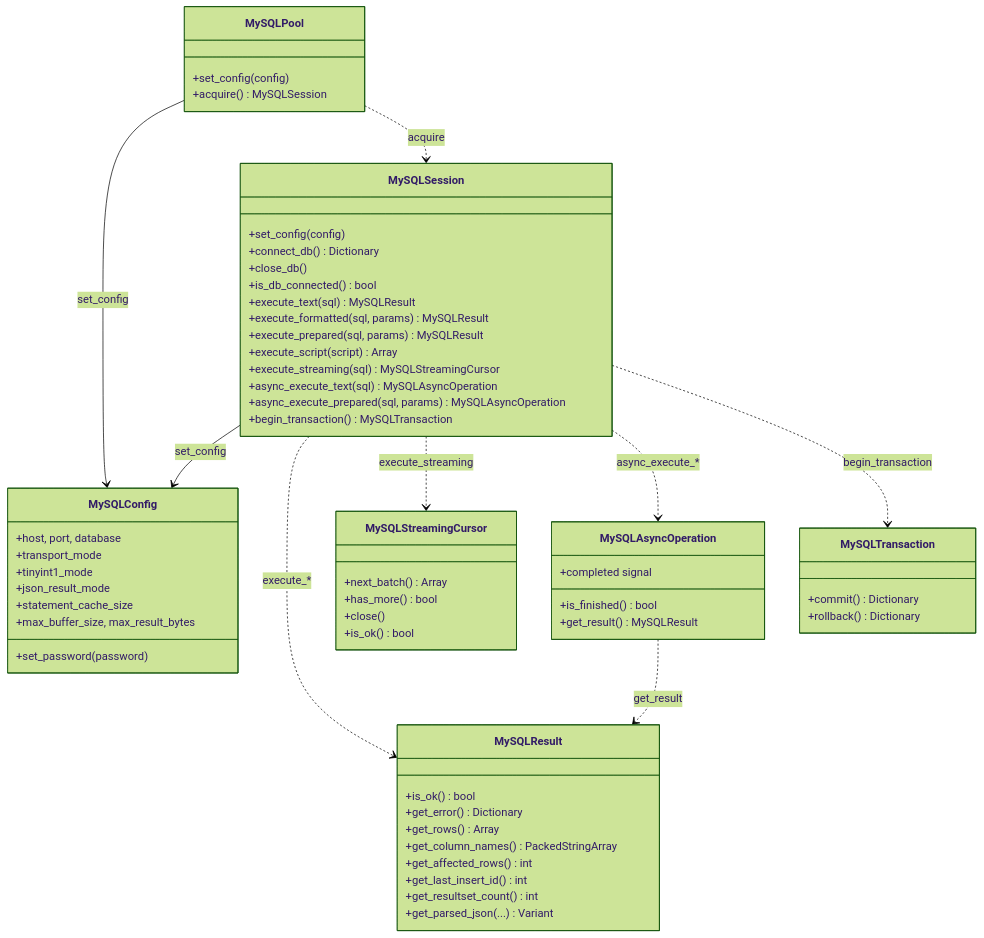
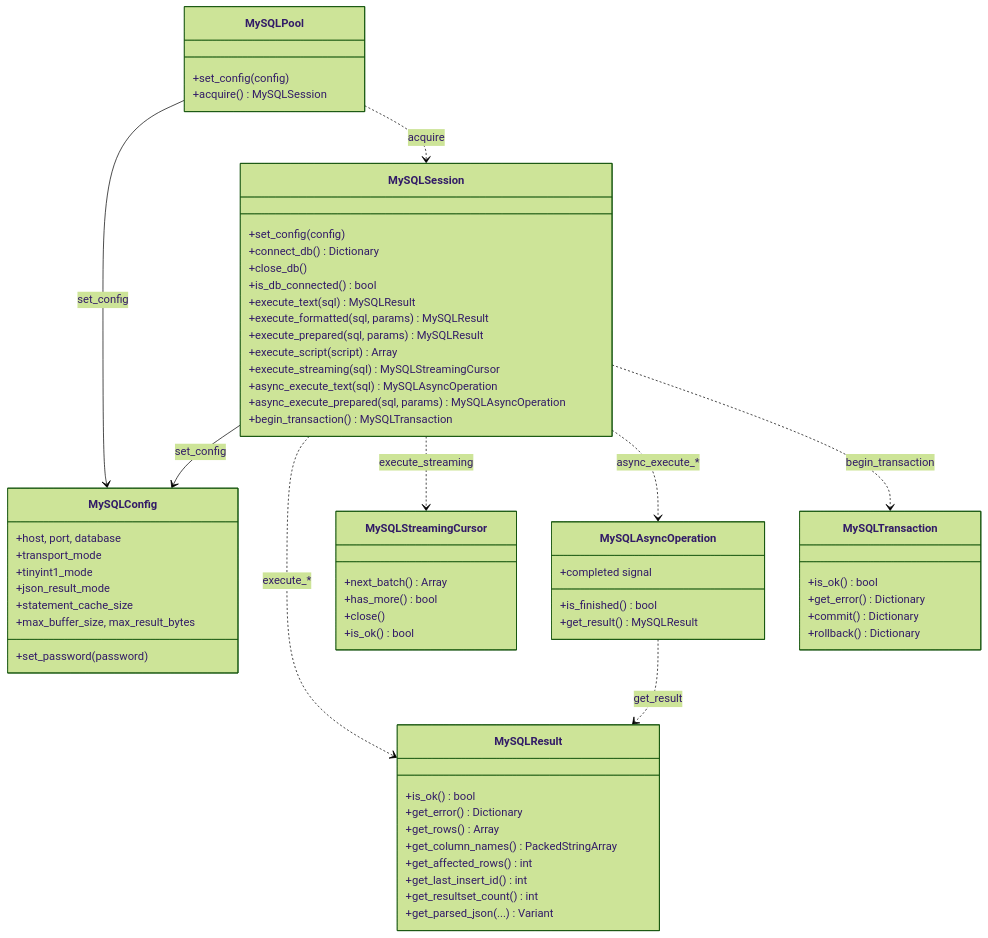
The first of 2 diagrams in documentation/features.md (Malkverbena/mysql), drawn with Mermaid (forest theme) before and after one commit. The commit also changed 9 other files, not shown here.

````diff
--- a/documentation/features.md
+++ b/documentation/features.md
@@ -10,64 +10,66 @@
 ```mermaid
 classDiagram
     class MySQLConfig {
       +host, port, database
       +transport_mode
       +tinyint1_mode
       +json_result_mode
       +statement_cache_size
       +max_buffer_size, max_result_bytes
       +set_password(password)
     }
     class MySQLSession {
       +set_config(config)
       +connect_db() Dictionary
       +close_db()
       +is_db_connected() bool
       +execute_text(sql) MySQLResult
       +execute_formatted(sql, params) MySQLResult
       +execute_prepared(sql, params) MySQLResult
       +execute_script(script) Array
       +execute_streaming(sql) MySQLStreamingCursor
       +async_execute_text(sql) MySQLAsyncOperation
       +async_execute_prepared(sql, params) MySQLAsyncOperation
       +begin_transaction() MySQLTransaction
     }
     class MySQLPool {
       +set_config(config)
       +acquire() MySQLSession
     }
     class MySQLResult {
       +is_ok() bool
       +get_error() Dictionary
       +get_rows() Array
       +get_column_names() PackedStringArray
       +get_affected_rows() int
       +get_last_insert_id() int
       +get_resultset_count() int
       +get_parsed_json(...) Variant
     }
     class MySQLStreamingCursor {
       +next_batch() Array
       +has_more() bool
       +close()
       +is_ok() bool
     }
     class MySQLAsyncOperation {
       +is_finished() bool
       +get_result() MySQLResult
       +completed signal
     }
     class MySQLTransaction {
+      +is_ok() bool
+      +get_error() Dictionary
       +commit() Dictionary
       +rollback() Dictionary
     }
 
     MySQLSession --> MySQLConfig : set_config
     MySQLPool --> MySQLConfig : set_config
     MySQLPool ..> MySQLSession : acquire
     MySQLSession ..> MySQLResult : execute_*
     MySQLSession ..> MySQLStreamingCursor : execute_streaming
     MySQLSession ..> MySQLAsyncOperation : async_execute_*
     MySQLSession ..> MySQLTransaction : begin_transaction
     MySQLAsyncOperation ..> MySQLResult : get_result
 ```
````
